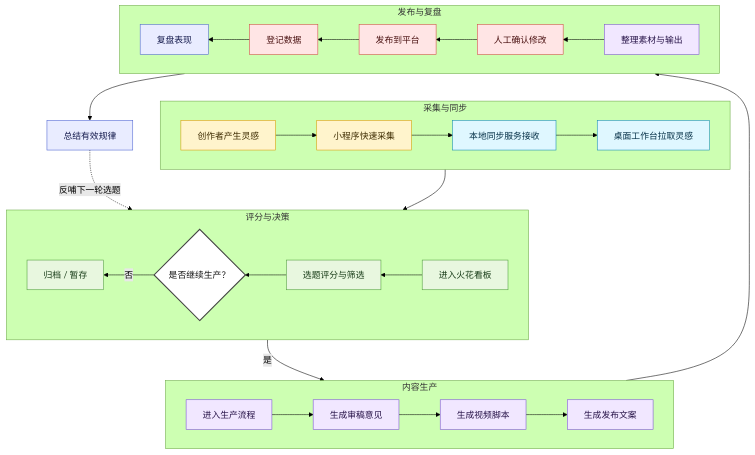
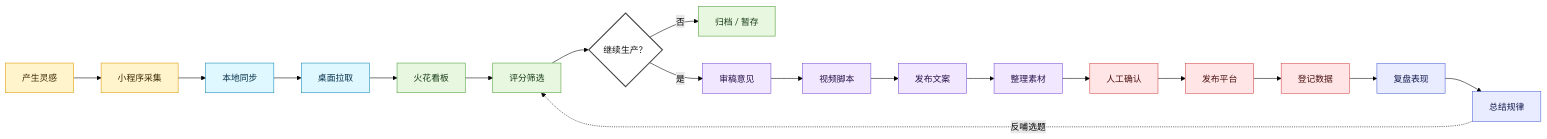
Before and after one commit to SamuelKwj/PenMoji-content-copilot: the diagram in README.md, drawn with Mermaid (forest theme).

Commit message:
docs: make business flow horizontal

````diff
--- a/README.md
+++ b/README.md
@@ -70,45 +70,26 @@
 ```mermaid
-flowchart TB
-    subgraph R1["采集与同步"]
-        direction LR
-        A["创作者产生灵感"] --> B["小程序快速采集"] --> C["本地同步服务接收"] --> D["桌面工作台拉取灵感"]
-    end
-
-    subgraph R2["评分与决策"]
-        direction RL
-        E["进入火花看板"] --> F["选题评分与筛选"] --> G{"是否继续生产？"}
-        G -- "否" --> H["归档 / 暂存"]
-    end
-
-    subgraph R3["内容生产"]
-        direction LR
-        I["进入生产流程"] --> J["生成审稿意见"] --> K["生成视频脚本"] --> L["生成发布文案"]
-    end
-
-    subgraph R4["发布与复盘"]
-        direction RL
-        M["整理素材与输出"] --> N["人工确认修改"] --> O["发布到平台"] --> P["登记数据"] --> Q["复盘表现"]
-    end
-
-    D --> E
-    G -- "是" --> I
-    L --> M
-    Q --> R["总结有效规律"]
-    R -. "反哺下一轮选题" .-> F
+flowchart LR
+    A["产生灵感"] --> B["小程序采集"] --> C["本地同步"] --> D["桌面拉取"]
+    D --> E["火花看板"] --> F["评分筛选"] --> G{"继续生产？"}
+    G -- "否" --> H["归档 / 暂存"]
+    G -- "是" --> I["审稿意见"] --> J["视频脚本"] --> K["发布文案"]
+    K --> L["整理素材"] --> M["人工确认"] --> N["发布平台"] --> O["登记数据"] --> P["复盘表现"]
+    P --> R["总结规律"]
+    R -. "反哺选题" .-> F
 
     classDef idea fill:#fff4cc,stroke:#d99a00,color:#3d2b00,stroke-width:1px;
     classDef sync fill:#dff7ff,stroke:#118ab2,color:#053047,stroke-width:1px;
     classDef score fill:#e8f7df,stroke:#4f9d3a,color:#173b17,stroke-width:1px;
     classDef produce fill:#f1e7ff,stroke:#7b4fd6,color:#271348,stroke-width:1px;
     classDef publish fill:#ffe5e5,stroke:#d64545,color:#4a1111,stroke-width:1px;
     classDef review fill:#e9ecff,stroke:#4c63d2,color:#151b4d,stroke-width:1px;
     classDef decision fill:#ffffff,stroke:#444444,color:#111111,stroke-width:2px;
 
     class A,B idea;
     class C,D sync;
     class E,F,H score;
     class G decision;
-    class I,J,K,L,M produce;
-    class N,O,P publish;
-    class Q,R review;
+    class I,J,K,L produce;
+    class M,N,O publish;
+    class P,R review;
 ```
````
